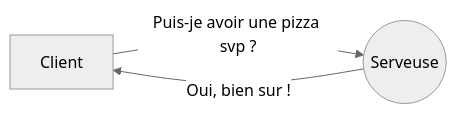
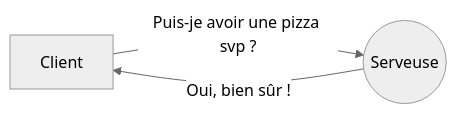
The first of 4 diagrams in README.md (ZamBoyle/Eqla_HTML), drawn with Mermaid (neutral theme) before and after one commit. The commit also changed other lines of this file, not shown here.

````diff
--- a/README.md
+++ b/README.md
@@ -27,5 +27,5 @@
 ```mermaid
 graph LR
 A[Client] -- Puis-je avoir une pizza svp ? --> B((Serveuse))
-B -- Oui, bien sur !  --> A
+B -- Oui, bien sûr !  --> A
 ```
````
